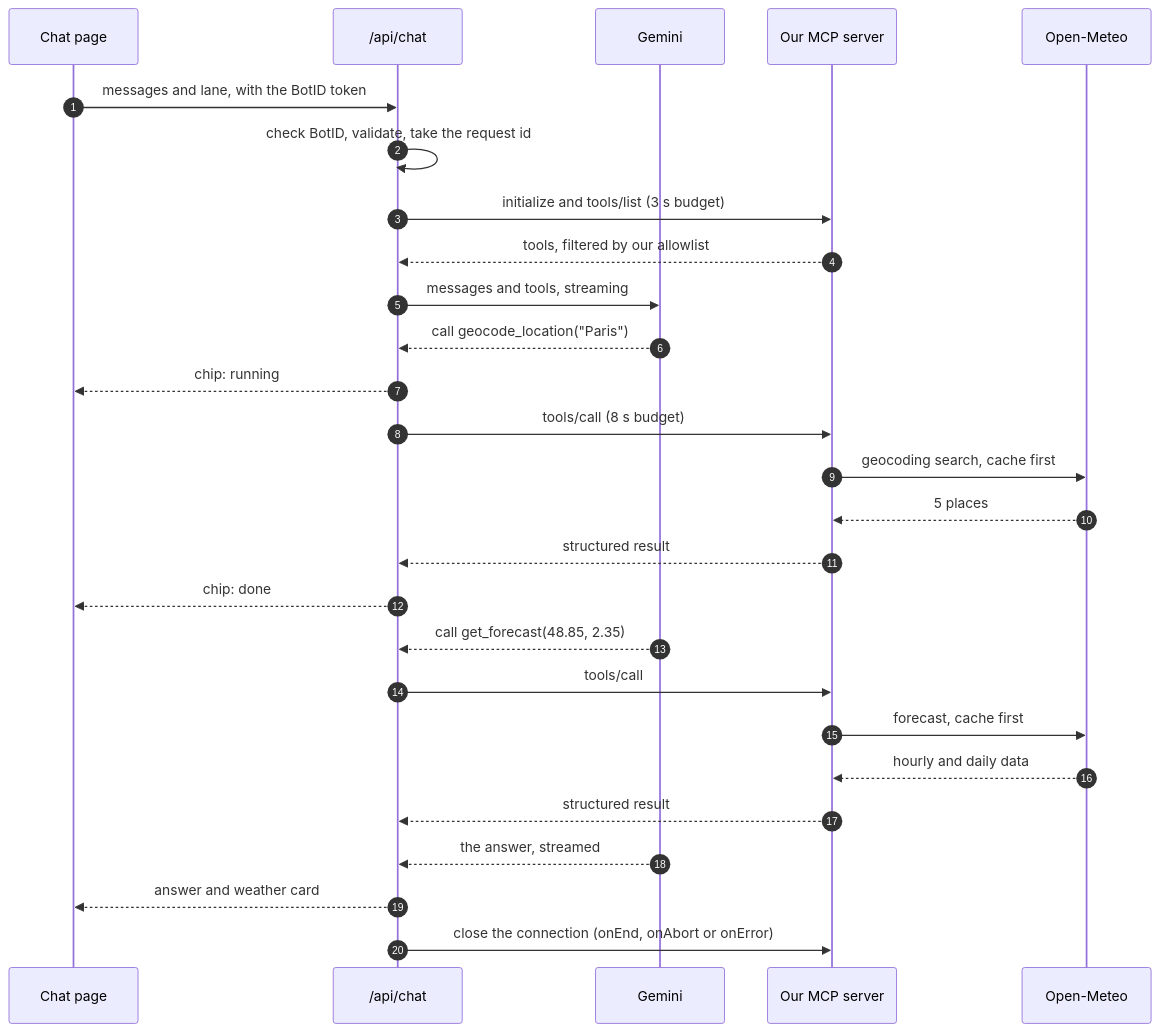
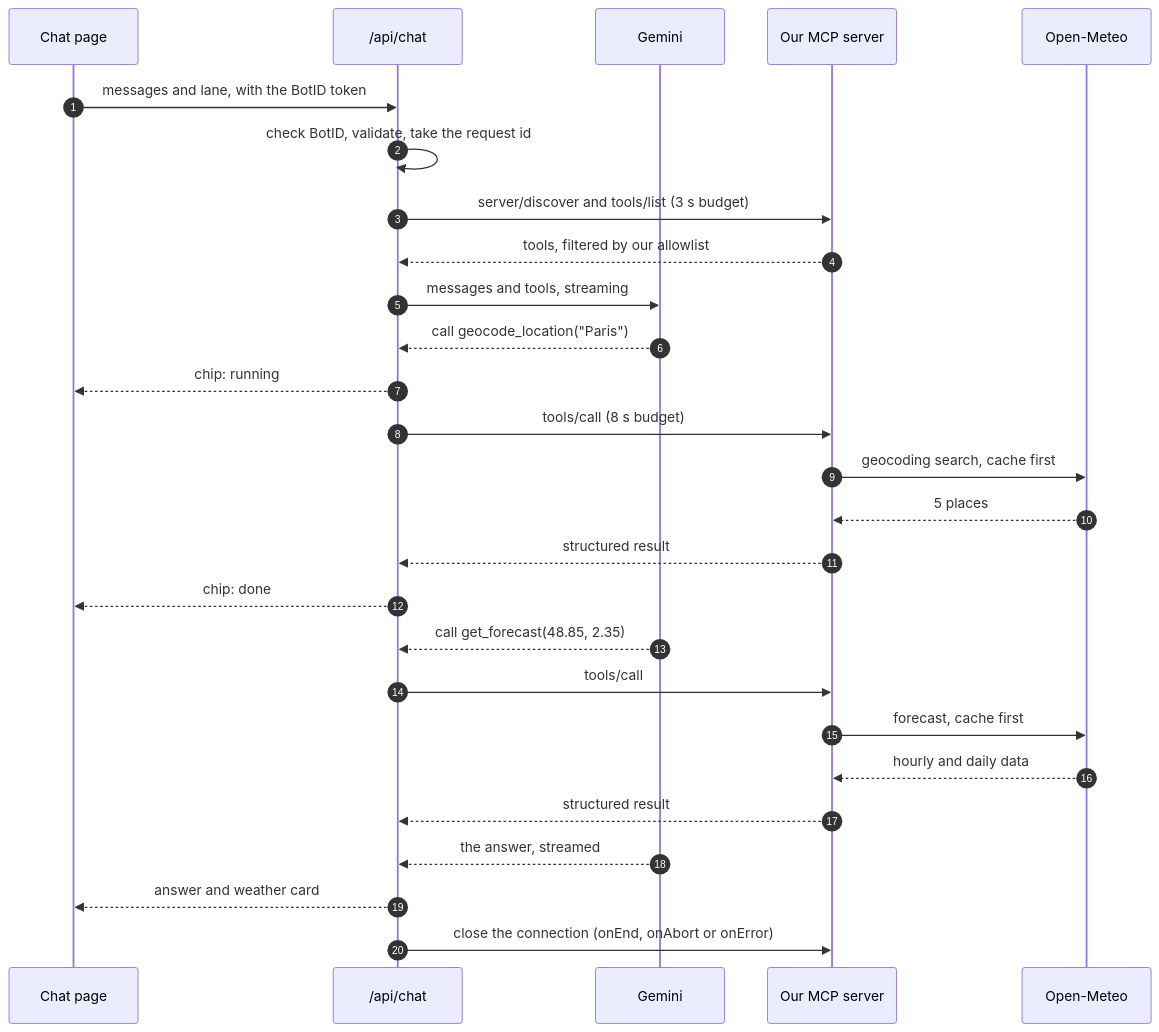
One commit to EasyLearnJava/AgenticProgramming changed the second of 2 diagrams in projects/Agentic/weather-chatbot/PLAN.md. Above: the diagram before and after it, drawn with Mermaid. The commit also changed other lines of this file and 39 other files, not shown here.

````diff
--- a/projects/Agentic/weather-chatbot/PLAN.md
+++ b/projects/Agentic/weather-chatbot/PLAN.md
@@ -432,29 +433,29 @@
 ```mermaid
 sequenceDiagram
   autonumber
   participant P as Chat page
   participant R as /api/chat
   participant M as Gemini
   participant S as Our MCP server
   participant O as Open-Meteo
   P->>R: messages and lane, with the BotID token
   R->>R: check BotID, validate, take the request id
-  R->>S: initialize and tools/list (3 s budget)
+  R->>S: server/discover and tools/list (3 s budget)
   S-->>R: tools, filtered by our allowlist
   R->>M: messages and tools, streaming
   M-->>R: call geocode_location("Paris")
   R-->>P: chip: running
   R->>S: tools/call (8 s budget)
   S->>O: geocoding search, cache first
   O-->>S: 5 places
   S-->>R: structured result
   R-->>P: chip: done
   M-->>R: call get_forecast(48.85, 2.35)
   R->>S: tools/call
   S->>O: forecast, cache first
   O-->>S: hourly and daily data
   S-->>R: structured result
   M-->>R: the answer, streamed
   R-->>P: answer and weather card
   R->>S: close the connection (onEnd, onAbort or onError)
 ```
````
